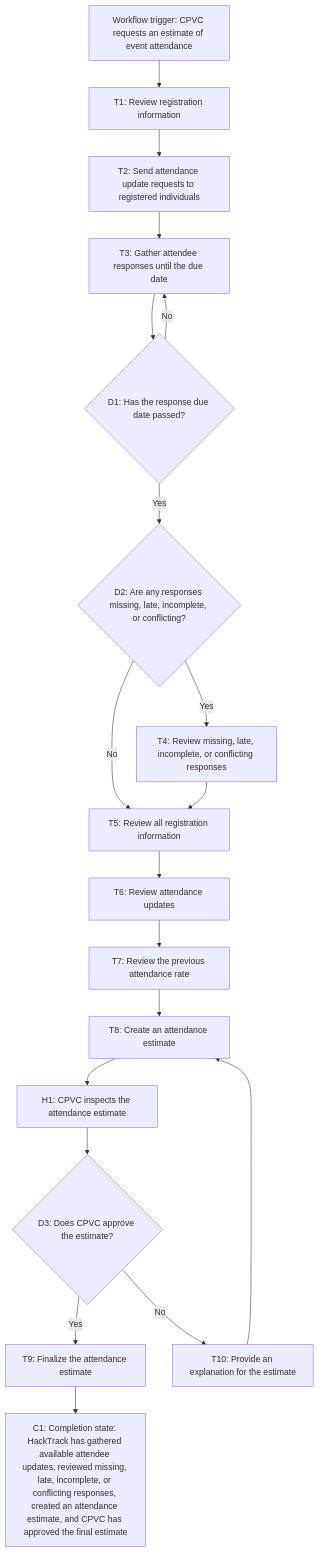
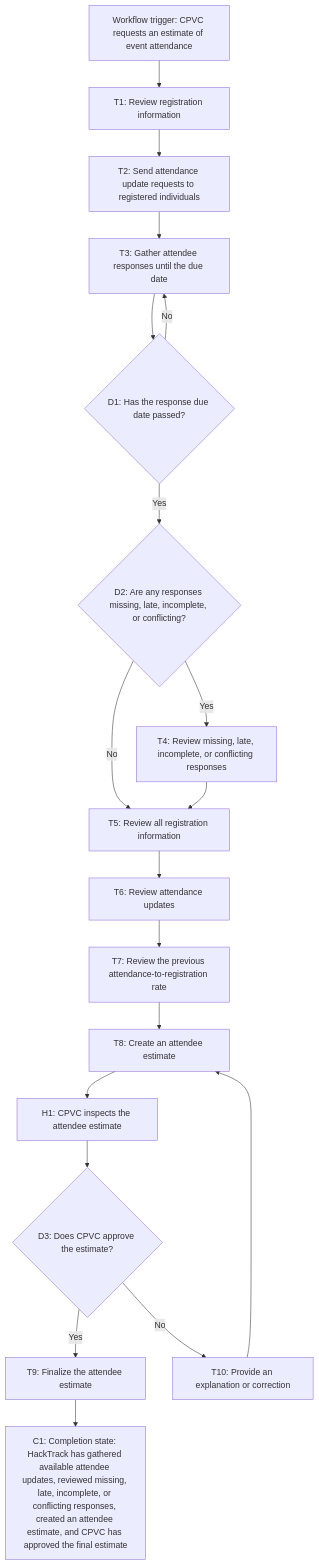
The diagram in my_first_agent/agent/workflow-of-tasks.md (kaconde/BUS4498_InClass_Builds), drawn with Mermaid before and after one commit. The commit also changed other lines of this file, not shown here.

Commit message:
Complete Friday Build 01 Part 2 workflow
Clarified CPVC approval process and updated workflow diagram.

````diff
--- a/my_first_agent/agent/workflow-of-tasks.md
+++ b/my_first_agent/agent/workflow-of-tasks.md
@@ -28,21 +28,21 @@
 ```mermaid
 flowchart TD
-    S["Workflow trigger: CPVC requests an estimate of event attendance"] --> T1["T1: Review registration information"]
+   S["Workflow trigger: CPVC requests an estimate of event attendance"] --> T1["T1: Review registration information"]
     T1 --> T2["T2: Send attendance update requests to registered individuals"]
     T2 --> T3["T3: Gather attendee responses until the due date"]
     T3 --> D1{"D1: Has the response due date passed?"}
     D1 -->|No| T3
     D1 -->|Yes| D2{"D2: Are any responses missing, late, incomplete, or conflicting?"}
     D2 -->|Yes| T4["T4: Review missing, late, incomplete, or conflicting responses"]
     D2 -->|No| T5["T5: Review all registration information"]
     T4 --> T5
     T5 --> T6["T6: Review attendance updates"]
-    T6 --> T7["T7: Review the previous attendance rate"]
-    T7 --> T8["T8: Create an attendance estimate"]
-    T8 --> H1["H1: CPVC inspects the attendance estimate"]
+    T6 --> T7["T7: Review the previous attendance-to-registration rate"]
+    T7 --> T8["T8: Create an attendee estimate"]
+    T8 --> H1["H1: CPVC inspects the attendee estimate"]
     H1 --> D3{"D3: Does CPVC approve the estimate?"}
-    D3 -->|Yes| T9["T9: Finalize the attendance estimate"]
-    D3 -->|No| T10["T10: Provide an explanation for the estimate"]
+    D3 -->|Yes| T9["T9: Finalize the attendee estimate"]
+    D3 -->|No| T10["T10: Provide an explanation or correction"]
     T10 --> T8
-    T9 --> C1["C1: Completion state: HackTrack has gathered available attendee updates, reviewed missing, late, incomplete, or conflicting responses, created an attendance estimate, and CPVC has approved the final estimate"]
+    T9 --> C1["C1: Completion state: HackTrack has gathered available attendee updates, reviewed missing, late, incomplete, or conflicting responses, created an attendee estimate, and CPVC has approved the final estimate"]
 ```
````
